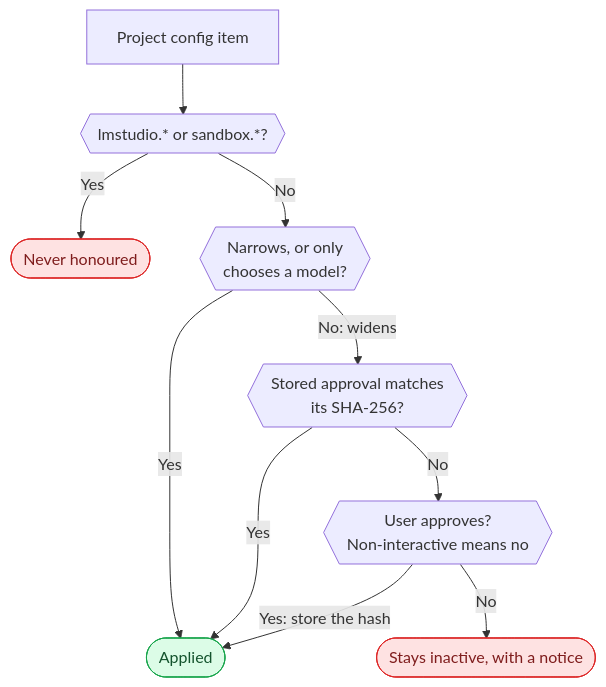
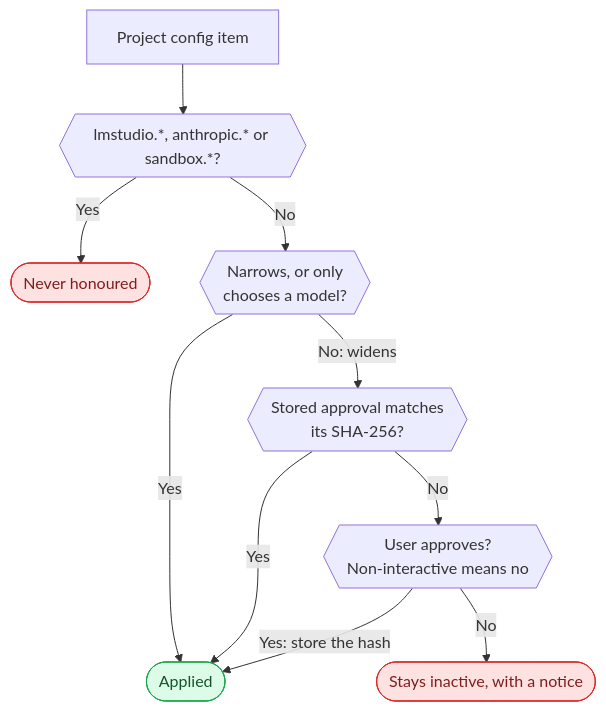
One commit to fzzinchemical/Praxis changed the eighth of 12 diagrams in docs/SPEC.md. Above: the diagram before and after it, drawn with Mermaid. The commit also changed other lines of this file and 5 other files, not shown here.

````diff
--- a/docs/SPEC.md
+++ b/docs/SPEC.md
@@ -532,17 +570,17 @@
 ```mermaid
 flowchart TD
-    item["Project config item"] --> never{{"lmstudio.* or sandbox.*?"}}
+    item["Project config item"] --> never{{"lmstudio.*, anthropic.* or sandbox.*?"}}
     never -->|"Yes"| ignored(["Never honoured"])
     never -->|"No"| narrows{{"Narrows, or only<br/>chooses a model?"}}
     narrows -->|"Yes"| applied(["Applied"])
     narrows -->|"No: widens"| hash{{"Stored approval matches<br/>its SHA-256?"}}
     hash -->|"Yes"| applied
     hash -->|"No"| ask{{"User approves?<br/>Non-interactive means no"}}
     ask -->|"Yes: store the hash"| applied
     ask -->|"No"| inactive(["Stays inactive, with a notice"])
 
     classDef good fill:#dcfce7,stroke:#16a34a,color:#14532d
     classDef bad fill:#fee2e2,stroke:#dc2626,color:#7f1d1d
     class applied good
     class ignored,inactive bad
 ```
````
